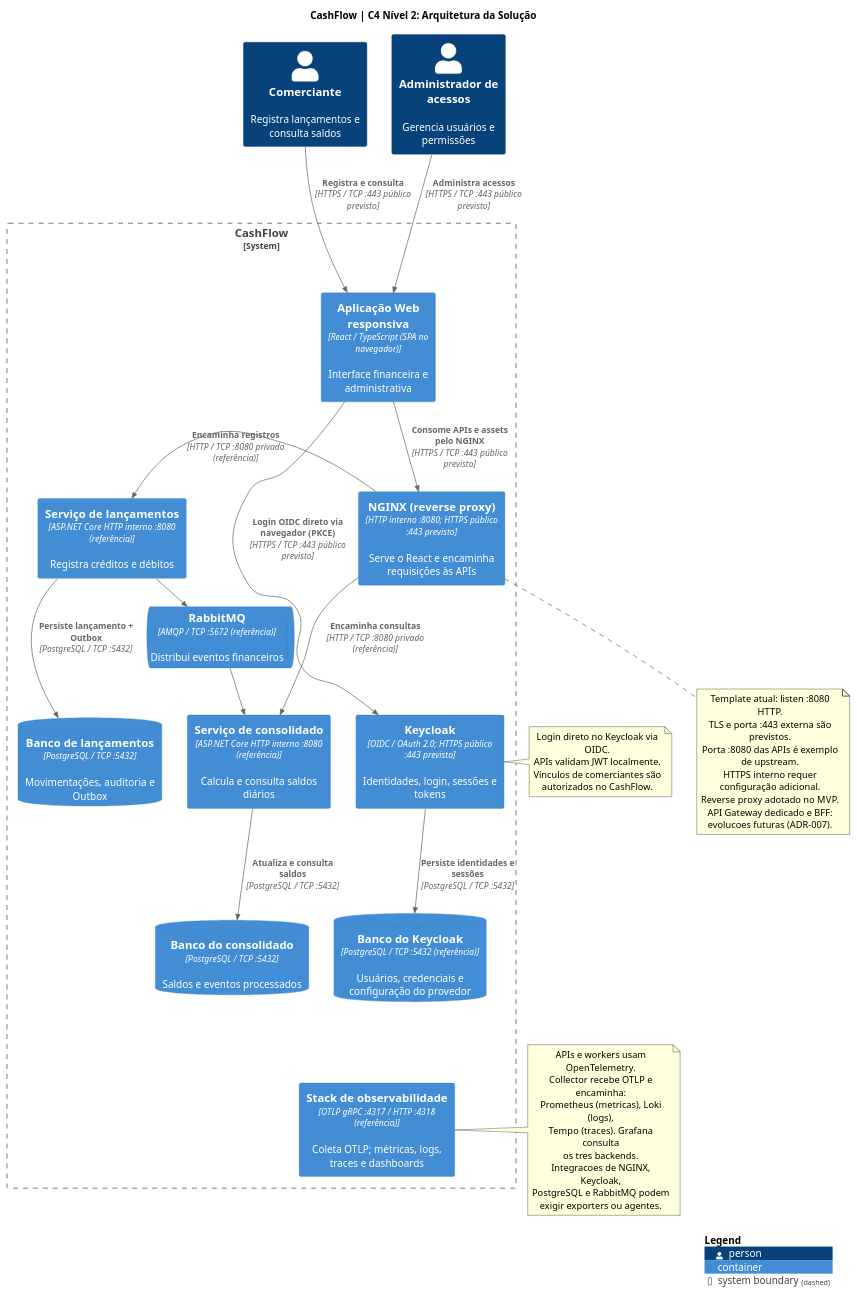
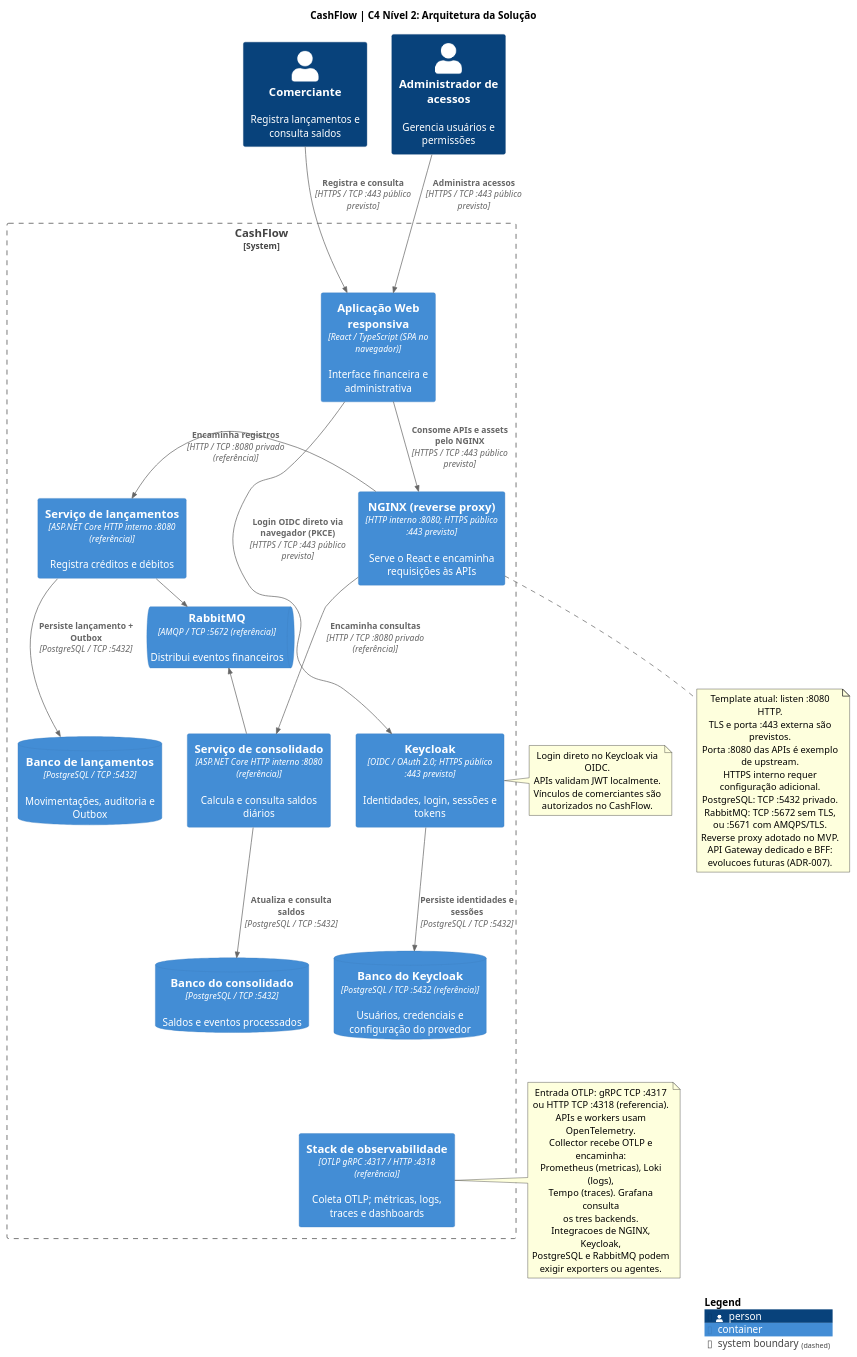
Before and after one commit to wolwerr/CashFlow-Architecture: the diagram in docs/architecture/plantuml/c4-containers.puml, drawn with PlantUML.

Commit message:
docs(c4): align C4 L1/L2 protocol port labels with L3 (#6)

```diff
--- a/docs/architecture/plantuml/c4-containers.puml
+++ b/docs/architecture/plantuml/c4-containers.puml
@@ -1,83 +1,88 @@
 @startuml CashFlow_Containers
 !include <C4/C4_Container>
 
 title CashFlow | C4 Nível 2: Arquitetura da Solução
 
 LAYOUT_TOP_DOWN()
 
 Person(comerciante, "Comerciante", "Registra lançamentos e consulta saldos")
 Person(admin, "Administrador de acessos", "Gerencia usuários e permissões")
 
 System_Boundary(cashflow, "CashFlow") {
   Container(web, "Aplicação Web responsiva", "React / TypeScript (SPA no navegador)", "Interface financeira e administrativa")
   Container(gateway, "NGINX (reverse proxy)", "HTTP interno :8080; HTTPS público :443 previsto", "Serve o React e encaminha requisições às APIs")
   Container(iam, "Keycloak", "OIDC / OAuth 2.0; HTTPS público :443 previsto", "Identidades, login, sessões e tokens")
   ContainerDb(db_iam, "Banco do Keycloak", "PostgreSQL / TCP :5432 (referência)", "Usuários, credenciais e configuração do provedor")
   Container(lancamentos, "Serviço de lançamentos", "ASP.NET Core HTTP interno :8080 (referência)", "Registra créditos e débitos")
   ContainerDb(db_lancamentos, "Banco de lançamentos", "PostgreSQL / TCP :5432", "Movimentações, auditoria e Outbox")
   ContainerQueue(mensageria, "RabbitMQ", "AMQP / TCP :5672 (referência)", "Distribui eventos financeiros")
   Container(consolidado, "Serviço de consolidado", "ASP.NET Core HTTP interno :8080 (referência)", "Calcula e consulta saldos diários")
   ContainerDb(db_consolidado, "Banco do consolidado", "PostgreSQL / TCP :5432", "Saldos e eventos processados")
   Container(telemetria, "Stack de observabilidade", "OTLP gRPC :4317 / HTTP :4318 (referência)", "Coleta OTLP; métricas, logs, traces e dashboards")
 }
 
 ' Posicionamento principal
 Lay_R(comerciante, admin)
 Lay_D(web, gateway)
 Lay_D(gateway, iam)
 Lay_D(iam, db_iam)
 Lay_R(gateway, lancamentos)
 Lay_D(lancamentos, db_lancamentos)
 Lay_R(lancamentos, mensageria)
 Lay_R(mensageria, consolidado)
 Lay_D(consolidado, db_consolidado)
 Lay_D(db_consolidado, telemetria)
 
 ' Atores e canais
 Rel(comerciante, web, "Registra e consulta", "HTTPS / TCP :443 público previsto")
 Rel(admin, web, "Administra acessos", "HTTPS / TCP :443 público previsto")
 Rel_D(web, gateway, "Consome APIs e assets pelo NGINX", "HTTPS / TCP :443 público previsto")
 
 ' Identidade
 Rel_D(web, iam, "Login OIDC direto via navegador (PKCE)", "HTTPS / TCP :443 público previsto")
 Rel_D(iam, db_iam, "Persiste identidades e sessões", "PostgreSQL / TCP :5432")
 
 ' Fluxo financeiro
 Rel_R(gateway, lancamentos, "Encaminha registros", "HTTP / TCP :8080 privado (referência)")
 Rel_D(lancamentos, db_lancamentos, "Persiste lançamento + Outbox", "PostgreSQL / TCP :5432")
 Rel_R(lancamentos, mensageria, "Publica eventos", "AMQP 0-9-1 / TCP :5672 (referência)")
-Rel_R(mensageria, consolidado, "Entrega eventos", "AMQP 0-9-1 / TCP :5672 (referência)")
+Rel_R(consolidado, mensageria, "Consome eventos e confirma ACK após commit", "AMQP 0-9-1 / TCP :5672 (referência)")
 Rel_D(consolidado, db_consolidado, "Atualiza e consulta saldos", "PostgreSQL / TCP :5432")
 Rel(gateway, consolidado, "Encaminha consultas", "HTTP / TCP :8080 privado (referência)")
 
 ' Integrações transversais apresentadas em notas
 note right of iam
   Login direto no Keycloak via OIDC.
   APIs validam JWT localmente.
   Vínculos de comerciantes são
   autorizados no CashFlow.
 end note
 
 note right of telemetria
+  Entrada OTLP: gRPC TCP :4317
+  ou HTTP TCP :4318 (referencia).
   APIs e workers usam OpenTelemetry.
   Collector recebe OTLP e encaminha:
   Prometheus (metricas), Loki (logs),
   Tempo (traces). Grafana consulta
   os tres backends.
   Integracoes de NGINX, Keycloak,
   PostgreSQL e RabbitMQ podem
   exigir exporters ou agentes.
 end note
 
 note bottom of gateway
   Template atual: listen :8080 HTTP.
   TLS e porta :443 externa são previstos.
   Porta :8080 das APIs é exemplo de upstream.
   HTTPS interno requer configuração adicional.
+  PostgreSQL: TCP :5432 privado.
+  RabbitMQ: TCP :5672 sem TLS,
+  ou :5671 com AMQPS/TLS.
   Reverse proxy adotado no MVP.
   API Gateway dedicado e BFF:
   evolucoes futuras (ADR-007).
 end note
 
 SHOW_LEGEND()
 @enduml
```
